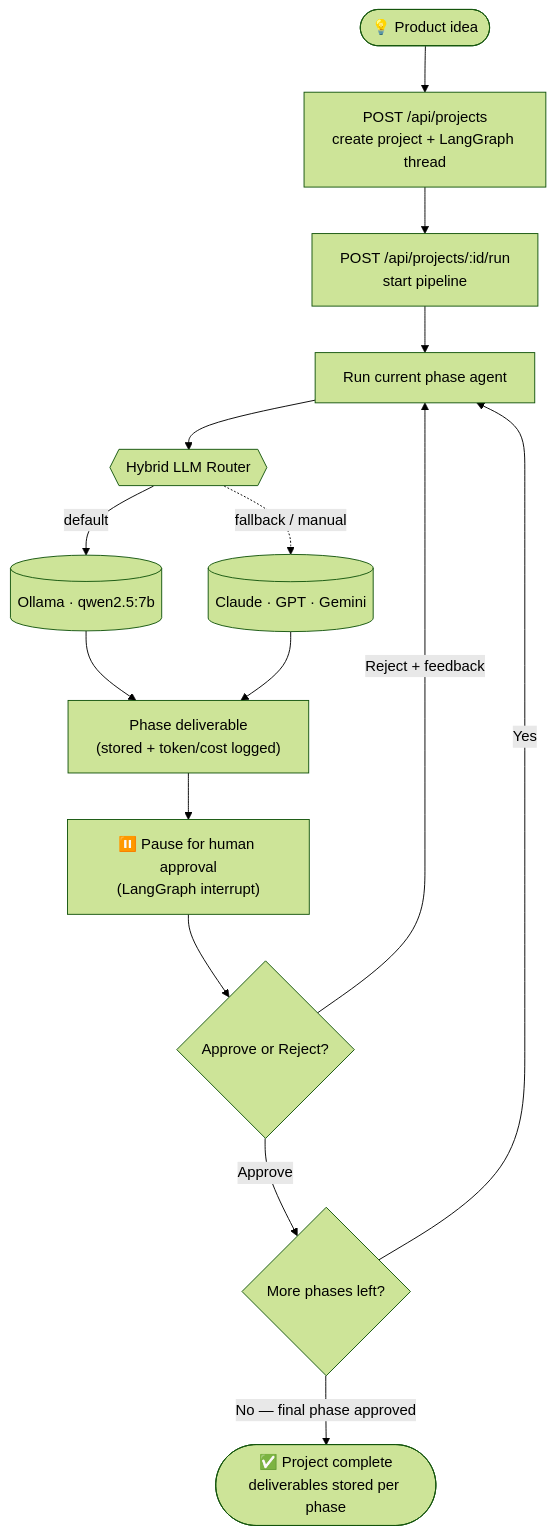
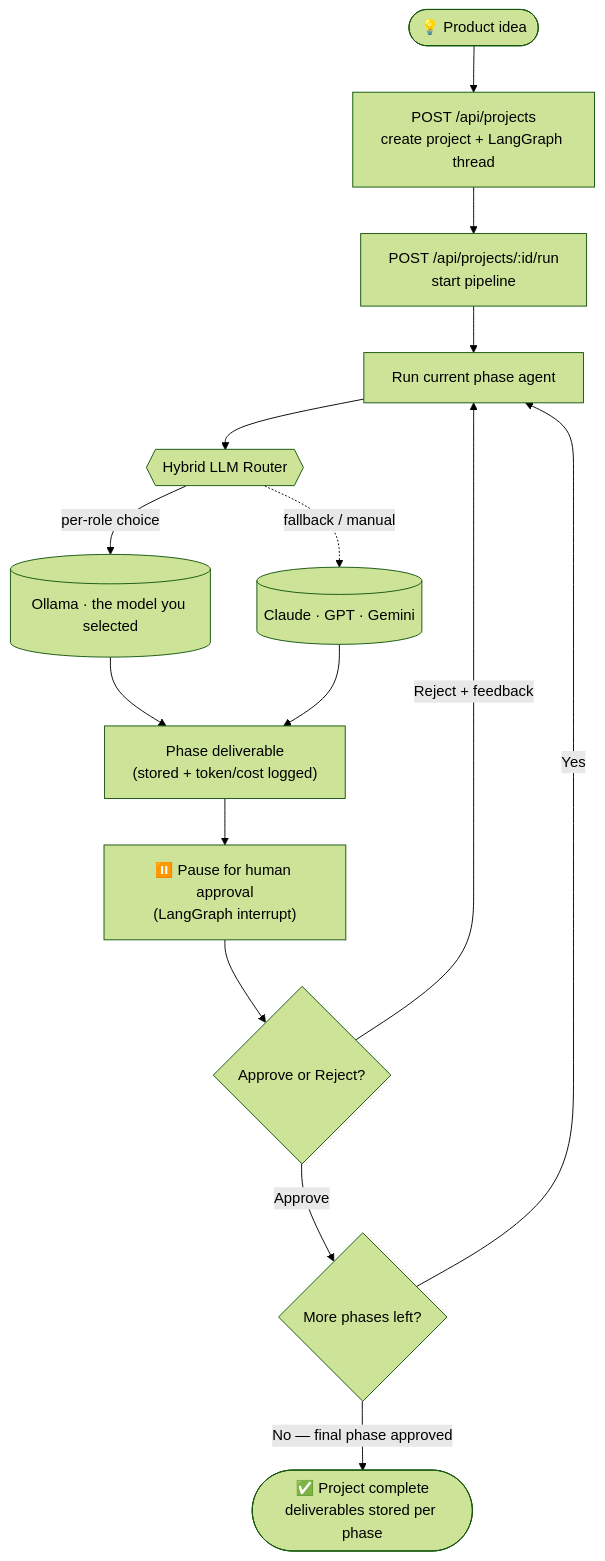
Before and after one commit to Sravan466/ai-software-engineering-team: the second of 3 diagrams in README.md, drawn with Mermaid (forest theme). The commit also changed other lines of this file and 40 other files, not shown here.

````diff
--- a/README.md
+++ b/README.md
@@ -180,19 +180,19 @@
 ```mermaid
 flowchart TD
     Idea(["💡 Product idea"]) --> Create["POST /api/projects<br/>create project + LangGraph thread"]
     Create --> Run["POST /api/projects/:id/run<br/>start pipeline"]
     Run --> Agent["Run current phase agent"]
 
     Agent --> Router{{"Hybrid LLM Router"}}
-    Router -->|default| Ollama[("Ollama · qwen2.5:7b")]
+    Router -->|per-role choice| Ollama[("Ollama · the model you selected")]
     Router -.->|fallback / manual| Cloud[("Claude · GPT · Gemini")]
     Ollama --> Output["Phase deliverable<br/>(stored + token/cost logged)"]
     Cloud --> Output
 
     Output --> Pause["⏸️ Pause for human approval<br/>(LangGraph interrupt)"]
     Pause --> Decision{"Approve or Reject?"}
     Decision -->|"Reject + feedback"| Agent
     Decision -->|Approve| More{"More phases left?"}
     More -->|Yes| Agent
     More -->|"No — final phase approved"| Done(["✅ Project complete<br/>deliverables stored per phase"])
 ```
````
